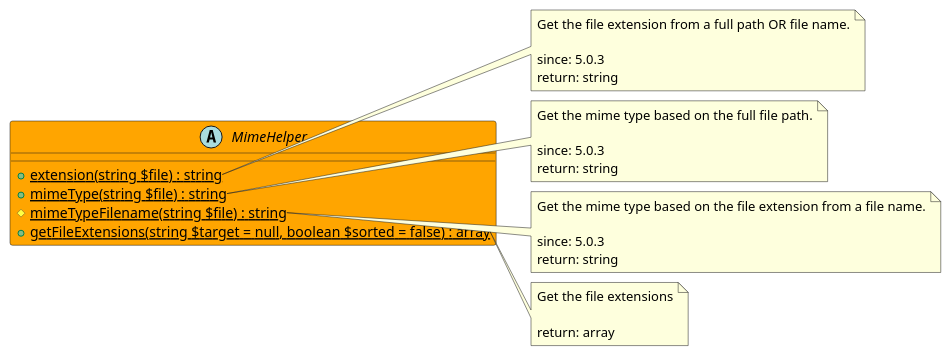
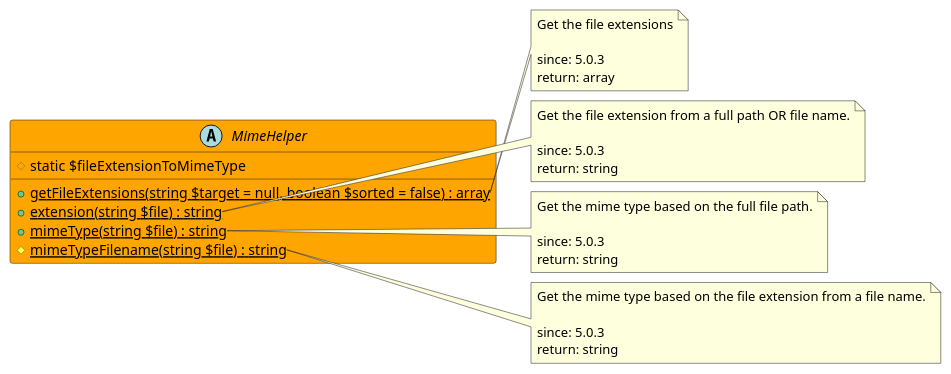
The diagram in src/f11dc790-713e-4706-9a85-a318ed3ad56e/README.md (joomengine/super-powers), drawn with PlantUML before and after one commit. The commit also changed 2 other files, not shown here.

Commit message:
Update 2024-09-18 04:20:10

````diff
--- a/src/f11dc790-713e-4706-9a85-a318ed3ad56e/README.md
+++ b/src/f11dc790-713e-4706-9a85-a318ed3ad56e/README.md
@@ -12,38 +12,40 @@
 ```uml
 @startuml
 abstract MimeHelper  #Orange {
+  # static $fileExtensionToMimeType
+  + {static} getFileExtensions(string $target = null, boolean $sorted = false) : array
   + {static} extension(string $file) : string
   + {static} mimeType(string $file) : string
   # {static} mimeTypeFilename(string $file) : string
-  + {static} getFileExtensions(string $target = null, boolean $sorted = false) : array
 }
+
+note right of MimeHelper::getFileExtensions
+  Get the file extensions
+
+  since: 5.0.3
+  return: array
+end note
 
 note right of MimeHelper::extension
   Get the file extension from a full path OR file name.
 
   since: 5.0.3
   return: string
 end note
 
 note right of MimeHelper::mimeType
   Get the mime type based on the full file path.
 
   since: 5.0.3
   return: string
 end note
 
 note right of MimeHelper::mimeTypeFilename
   Get the mime type based on the file extension from a file name.
 
   since: 5.0.3
   return: string
 end note
-
-note right of MimeHelper::getFileExtensions
-  Get the file extensions
-
-  return: array
-end note
  
 @enduml
 ```
````
